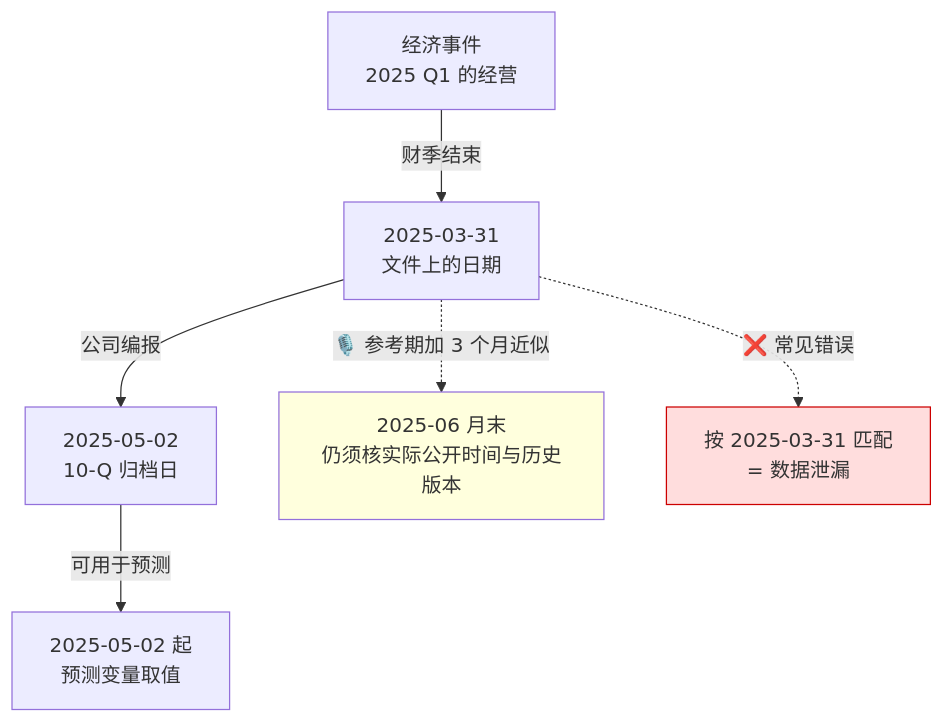
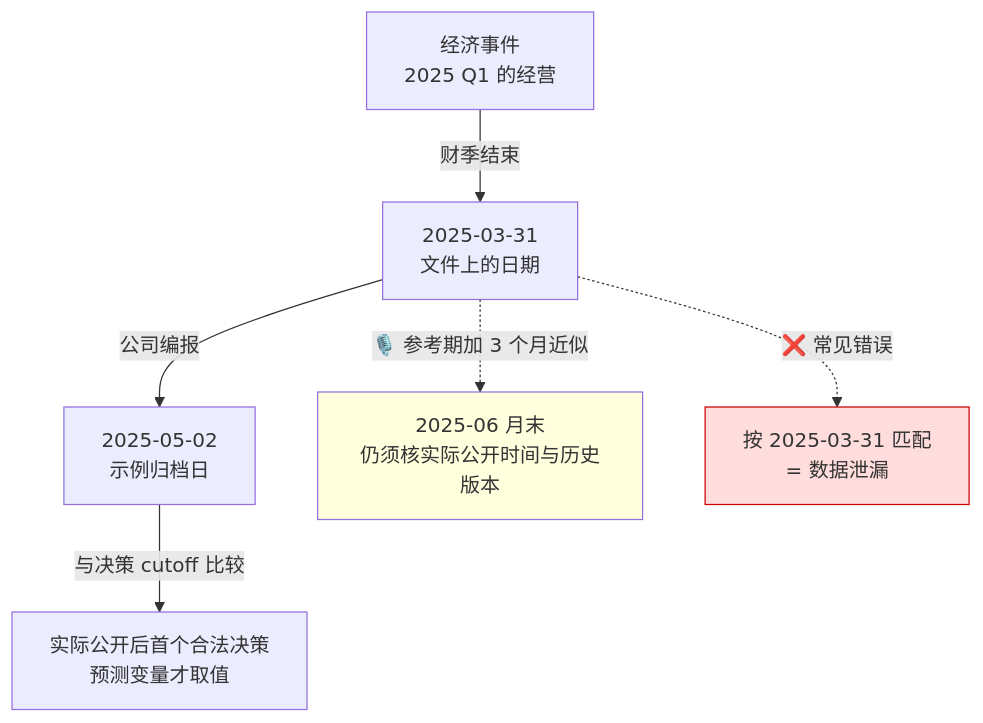
The ninth of 9 diagrams in EF5560_Fintech_and_AI_in_Finance/notes/M01-金融数据与Vibe-Coding.md (CercaTrovato/cityu-ai-course-notes), drawn with Mermaid before and after one commit. The commit also changed other lines of this file and 198 other files, not shown here.

````diff
--- a/EF5560_Fintech_and_AI_in_Finance/notes/M01-金融数据与Vibe-Coding.md
+++ b/EF5560_Fintech_and_AI_in_Finance/notes/M01-金融数据与Vibe-Coding.md
@@ -1688,10 +1963,10 @@
 ```mermaid
 flowchart TD
     A["经济事件<br/>2025 Q1 的经营"] -->|"财季结束"| B["2025-03-31<br/>文件上的日期"]
-    B -->|"公司编报"| C["2025-05-02<br/>10-Q 归档日"]
-    C -->|"可用于预测"| D["2025-05-02 起<br/>预测变量取值"]
+    B -->|"公司编报"| C["2025-05-02<br/>示例归档日"]
+    C -->|"与决策 cutoff 比较"| D["实际公开后首个合法决策<br/>预测变量才取值"]
     B -.->|"🎙️ 参考期加 3 个月近似"| E["2025-06 月末<br/>仍须核实际公开时间与历史版本"]
     B -.->|"❌ 常见错误"| F["按 2025-03-31 匹配<br/>= 数据泄漏"]
     style F fill:#fdd,stroke:#c00
     style E fill:#ffd
 ```
````
